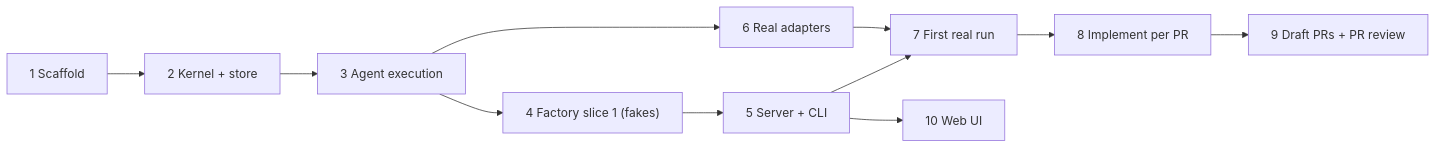
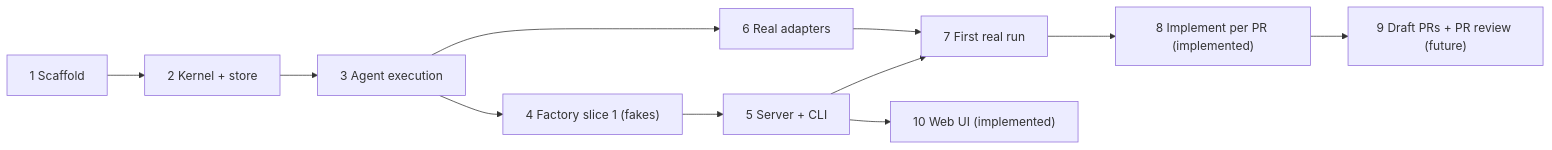
One commit to AGomezGranda/agentic-hub changed the diagram in docs/payo/implementation-roadmap.md. Above: the diagram before and after it, drawn with Mermaid. The commit also changed other lines of this file and 187 other files, not shown here.

````diff
--- a/docs/payo/implementation-roadmap.md
+++ b/docs/payo/implementation-roadmap.md
@@ -9,13 +18,13 @@
 ```mermaid
 flowchart LR
   S1["1 Scaffold"] --> S2["2 Kernel + store"]
   S2 --> S3["3 Agent execution"]
   S3 --> S4["4 Factory slice 1 (fakes)"]
   S4 --> S5["5 Server + CLI"]
   S3 --> S6["6 Real adapters"]
   S5 --> S7["7 First real run"]
   S6 --> S7
-  S7 --> S8["8 Implement per PR"]
-  S8 --> S9["9 Draft PRs + PR review"]
-  S5 --> S10["10 Web UI"]
+  S7 --> S8["8 Implement per PR (implemented)"]
+  S8 --> S9["9 Draft PRs + PR review (future)"]
+  S5 --> S10["10 Web UI (implemented)"]
 ```
````
